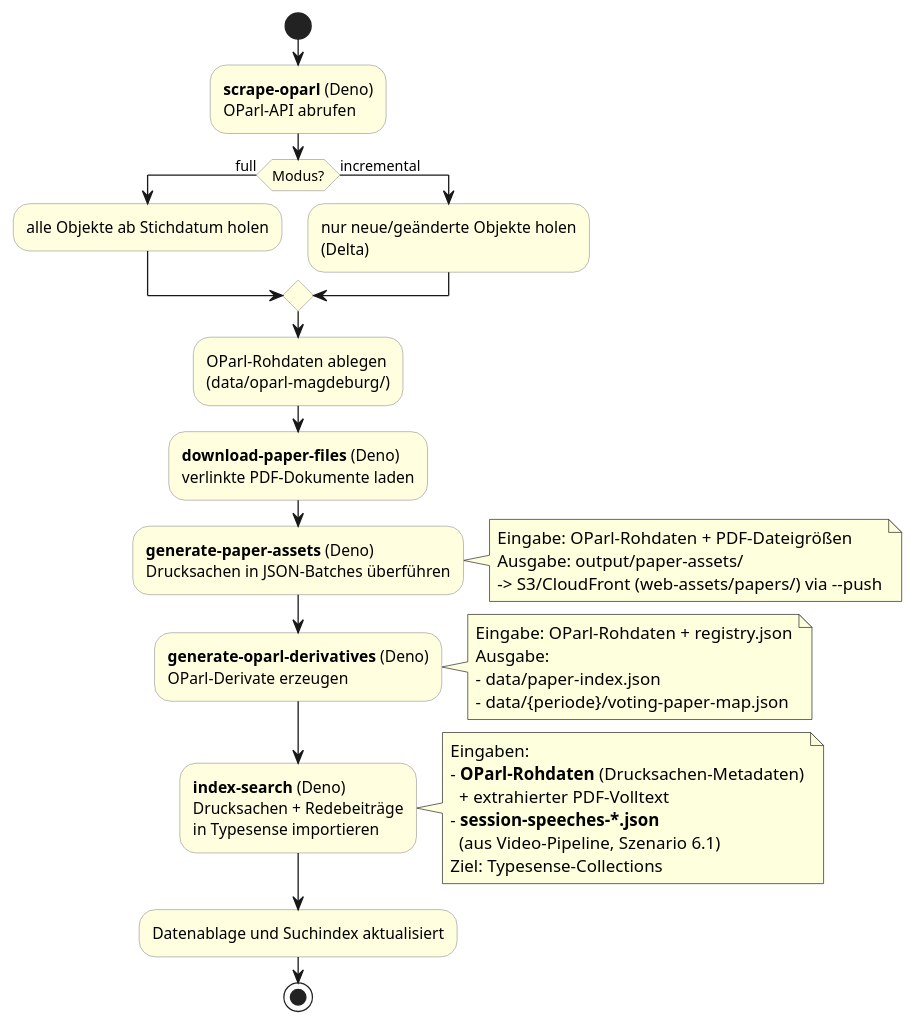
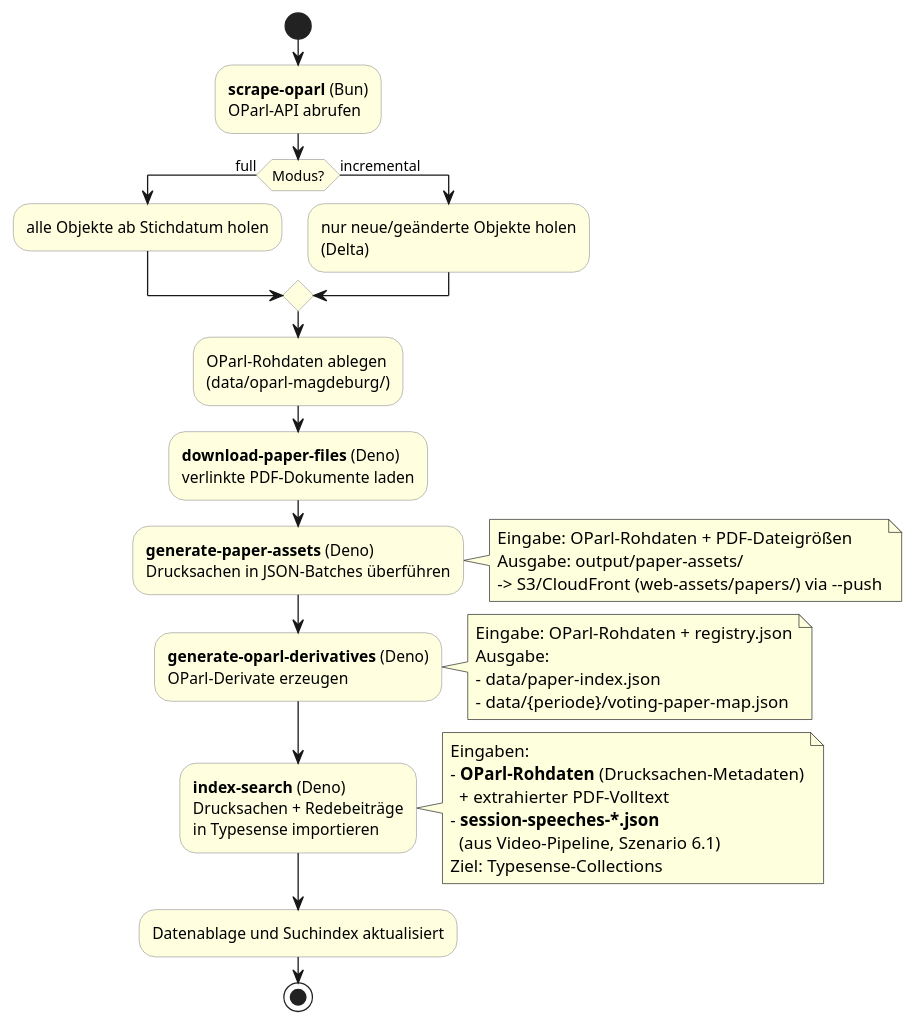
The diagram in docs/arc42/06-laufzeitsicht/02-oparl-ingestion.adoc (ungeschneuer/StadtratWatch-Leipzig), drawn with PlantUML before and after one commit. The commit also changed 16 other files, not shown here.

First line of the commit message:
feat(scrape-oparl): move scrape-oparl to Bun (#562) (#581)

```diff
--- a/docs/arc42/06-laufzeitsicht/02-oparl-ingestion.adoc
+++ b/docs/arc42/06-laufzeitsicht/02-oparl-ingestion.adoc
@@ -27,47 +27,47 @@
 [plantuml,lz-oparl-ingestion,svg]
 ....
 @startuml
 skinparam shadowing false
 skinparam activity {
   BackgroundColor #lightyellow
   BorderColor #999999
 }
 
 start
-:**scrape-oparl** (Deno)\nOParl-API abrufen;
+:**scrape-oparl** (Bun)\nOParl-API abrufen;
 if (Modus?) then (full)
   :alle Objekte ab Stichdatum holen;
 else (incremental)
   :nur neue/geänderte Objekte holen\n(Delta);
 endif
 :OParl-Rohdaten ablegen\n(data/oparl-magdeburg/);
 
 :**download-paper-files** (Deno)\nverlinkte PDF-Dokumente laden;
 :**generate-paper-assets** (Deno)\nDrucksachen in JSON-Batches überführen;
 note right
   Eingabe: OParl-Rohdaten + PDF-Dateigrößen
   Ausgabe: output/paper-assets/
   -> S3/CloudFront (web-assets/papers/) via --push
 end note
 
 :**generate-oparl-derivatives** (Deno)\nOParl-Derivate erzeugen;
 note right
   Eingabe: OParl-Rohdaten + registry.json
   Ausgabe:
   - data/paper-index.json
   - data/{periode}/voting-paper-map.json
 end note
 
 :**index-search** (Deno)\nDrucksachen + Redebeiträge\nin Typesense importieren;
 note right
   Eingaben:
   - **OParl-Rohdaten** (Drucksachen-Metadaten)
     + extrahierter PDF-Volltext
   - **session-speeches-*.json**
     (aus Video-Pipeline, Szenario 6.1)
   Ziel: Typesense-Collections
 end note
 :Datenablage und Suchindex aktualisiert;
 stop
 @enduml
 ....
```
